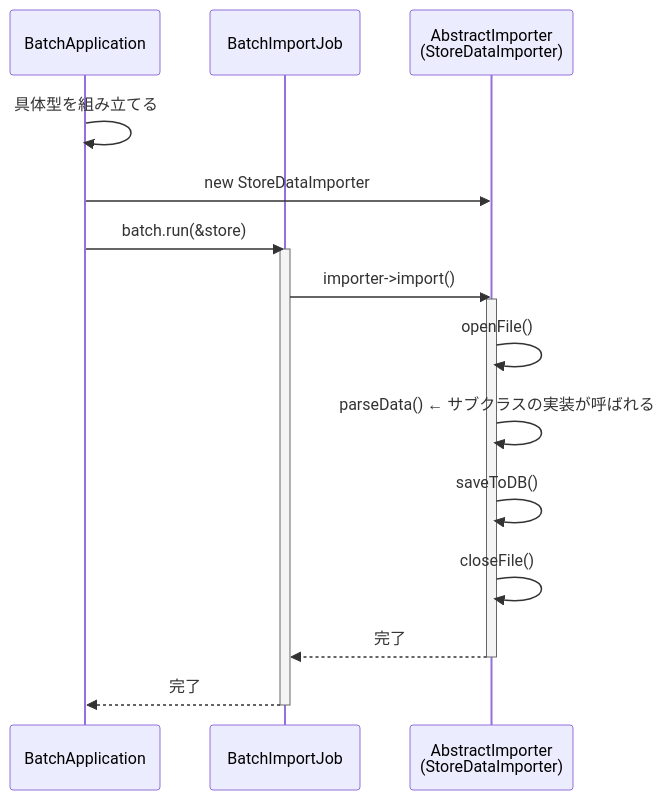
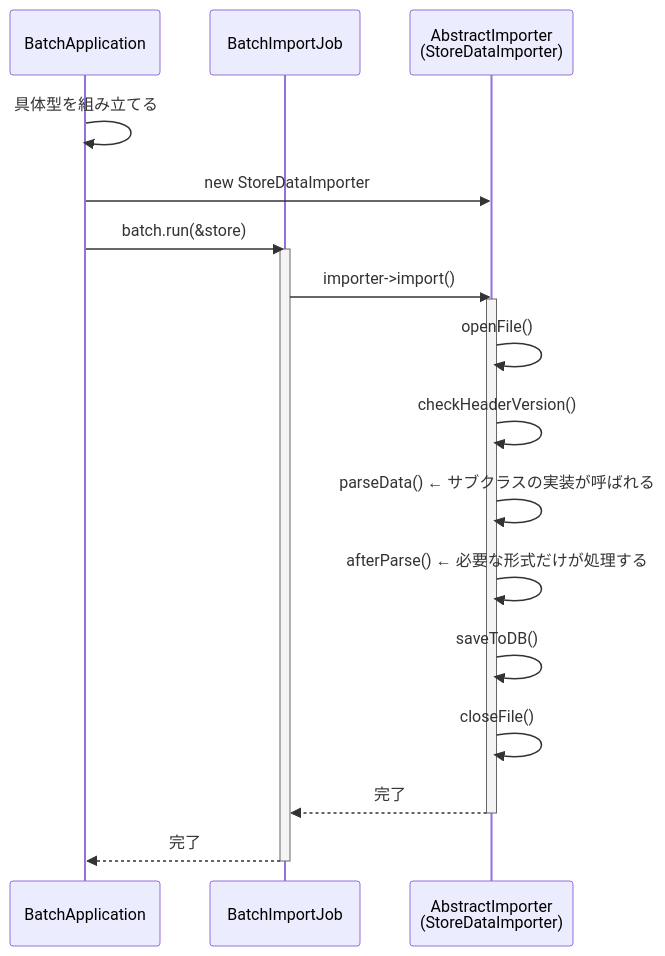
The third of 7 diagrams in kindle/design-patterns/output/chapter04.md (kumachan1101-pixel/DesignPattern), drawn with Mermaid before and after one commit. The commit also changed other lines of this file and 1 other file, not shown here.

````diff
--- a/kindle/design-patterns/output/chapter04.md
+++ b/kindle/design-patterns/output/chapter04.md
@@ -705,21 +715,23 @@
 ```mermaid
 sequenceDiagram
     participant B as BatchApplication
     participant BIJ as BatchImportJob
     participant AI as AbstractImporter<br/>(StoreDataImporter)
 
     B->>B: 具体型を組み立てる
     B->>AI: new StoreDataImporter
     B->>BIJ: batch.run(&store)
     activate BIJ
     BIJ->>AI: importer->import()
     activate AI
     AI->>AI: openFile()
+    AI->>AI: checkHeaderVersion()
     AI->>AI: parseData() ← サブクラスの実装が呼ばれる
+    AI->>AI: afterParse() ← 必要な形式だけが処理する
     AI->>AI: saveToDB()
     AI->>AI: closeFile()
     AI-->>BIJ: 完了
     deactivate AI
     BIJ-->>B: 完了
     deactivate BIJ
 ```
````
